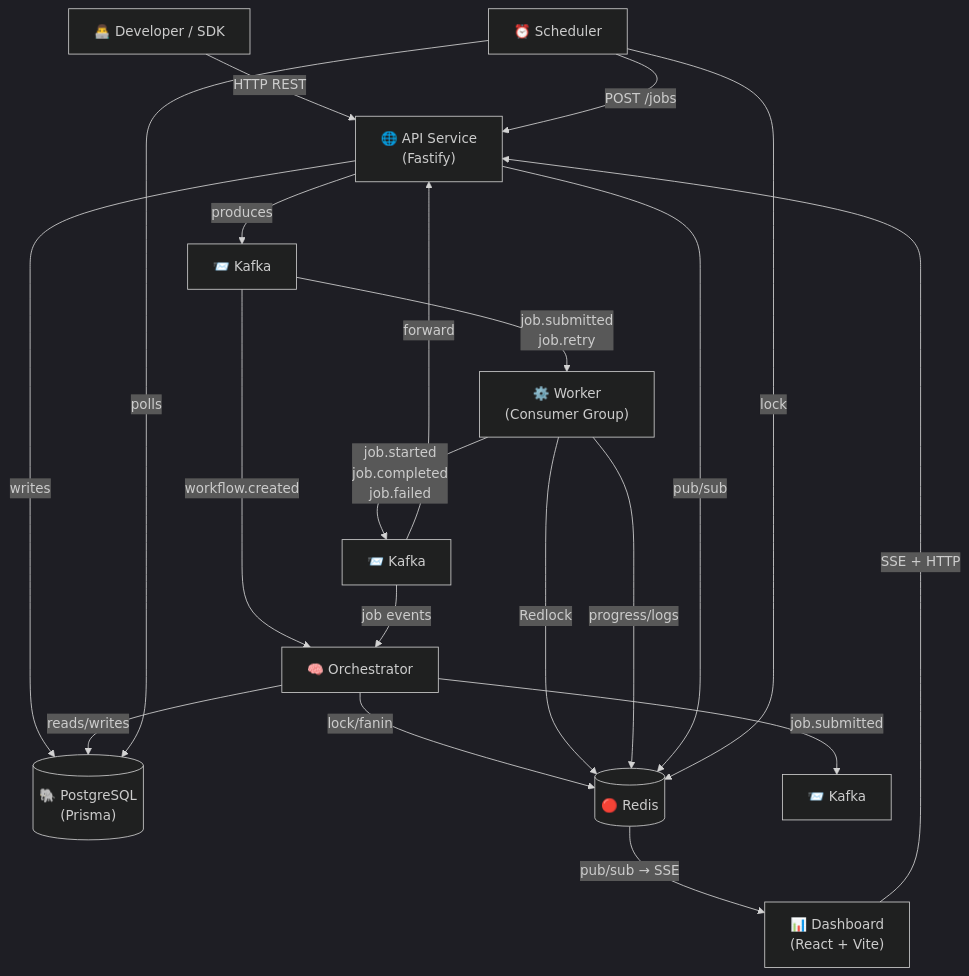
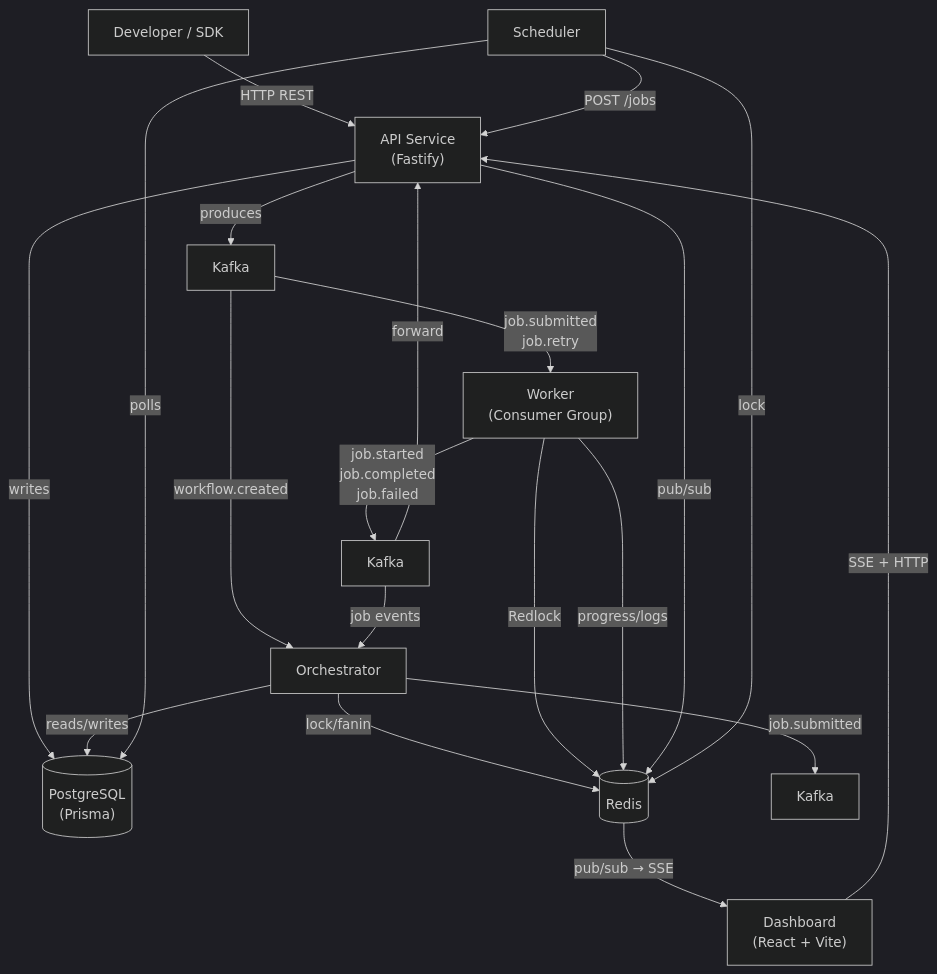
Before and after one commit to KUSHAL-31/orchestra-engine: the first of 3 diagrams in README.md, drawn with Mermaid (dark theme). The commit also changed other lines of this file, not shown here.

````diff
--- a/README.md
+++ b/README.md
@@ -79,28 +85,28 @@
 ```mermaid
 graph TD
-    Dev["👨‍💻 Developer / SDK"] -->|HTTP REST| API["🌐 API Service\n(Fastify)"]
-    API -->|writes| PG[("🐘 PostgreSQL\n(Prisma)")]
-    API -->|produces| K1["📨 Kafka"]
+    Dev["Developer / SDK"] -->|HTTP REST| API["API Service\n(Fastify)"]
+    API -->|writes| PG[("PostgreSQL\n(Prisma)")]
+    API -->|produces| K1["Kafka"]
 
-    K1 -->|workflow.created| ORC["🧠 Orchestrator"]
-    K1 -->|job.submitted\njob.retry| WRK["⚙️ Worker\n(Consumer Group)"]
+    K1 -->|workflow.created| ORC["Orchestrator"]
+    K1 -->|job.submitted\njob.retry| WRK["Worker\n(Consumer Group)"]
 
     ORC -->|reads/writes| PG
-    ORC -->|lock/fanin| RD[("🔴 Redis")]
-    ORC -->|job.submitted| K2["📨 Kafka"]
+    ORC -->|lock/fanin| RD[("Redis")]
+    ORC -->|job.submitted| K2["Kafka"]
 
     WRK -->|Redlock| RD
     WRK -->|progress/logs| RD
-    WRK -->|job.started\njob.completed\njob.failed| K3["📨 Kafka"]
+    WRK -->|job.started\njob.completed\njob.failed| K3["Kafka"]
 
     K3 -->|job events| ORC
     K3 -->|forward| API
     API -->|pub/sub| RD
 
-    SCH["⏰ Scheduler"] -->|polls| PG
+    SCH["Scheduler"] -->|polls| PG
     SCH -->|lock| RD
     SCH -->|POST /jobs| API
 
-    DASH["📊 Dashboard\n(React + Vite)"] -->|SSE + HTTP| API
+    DASH["Dashboard\n(React + Vite)"] -->|SSE + HTTP| API
     RD -->|pub/sub → SSE| DASH
 ```
````
